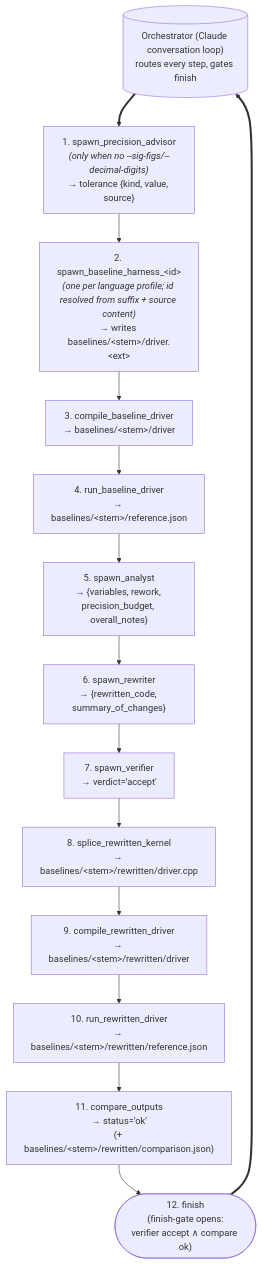
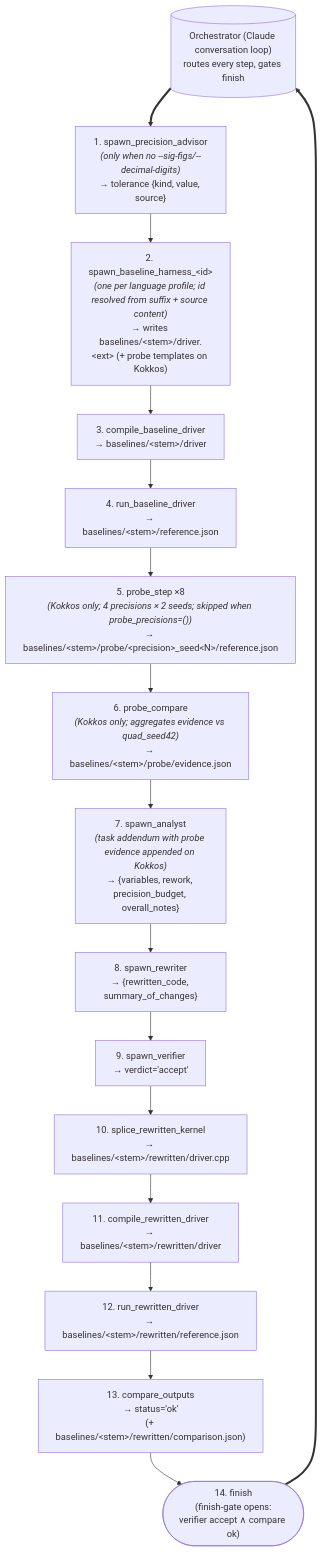
Before and after one commit to kmeag-duck/Agent-Precision: the second of 2 diagrams in flowchart.md, drawn with Mermaid. The commit also changed other lines of this file and 2 other files, not shown here.

First line of the commit message:
Document the v1 probe pipeline (v1 Commit 5/5)

````diff
--- a/flowchart.md
+++ b/flowchart.md
@@ -67,21 +75,23 @@
 ```mermaid
 flowchart TD
   Orch[("Orchestrator (Claude conversation loop)<br/>routes every step, gates finish")]
 
   Orch ==> S1
   S1["1. spawn_precision_advisor<br/><i>(only when no --sig-figs/--decimal-digits)</i><br/>→ tolerance {kind, value, source}"]
-  S2["2. spawn_baseline_harness_&lt;id&gt;<br/><i>(one per language profile; id resolved from suffix + source content)</i><br/>→ writes baselines/&lt;stem&gt;/driver.&lt;ext&gt;"]
+  S2["2. spawn_baseline_harness_&lt;id&gt;<br/><i>(one per language profile; id resolved from suffix + source content)</i><br/>→ writes baselines/&lt;stem&gt;/driver.&lt;ext&gt; (+ probe templates on Kokkos)"]
   S3["3. compile_baseline_driver<br/>→ baselines/&lt;stem&gt;/driver"]
   S4["4. run_baseline_driver<br/>→ baselines/&lt;stem&gt;/reference.json"]
-  S5["5. spawn_analyst<br/>→ {variables, rework, precision_budget, overall_notes}"]
-  S6["6. spawn_rewriter<br/>→ {rewritten_code, summary_of_changes}"]
-  S7["7. spawn_verifier<br/>→ verdict='accept'"]
-  S8["8. splice_rewritten_kernel<br/>→ baselines/&lt;stem&gt;/rewritten/driver.cpp"]
-  S9["9. compile_rewritten_driver<br/>→ baselines/&lt;stem&gt;/rewritten/driver"]
-  S10["10. run_rewritten_driver<br/>→ baselines/&lt;stem&gt;/rewritten/reference.json"]
-  S11["11. compare_outputs<br/>→ status='ok'<br/>(+ baselines/&lt;stem&gt;/rewritten/comparison.json)"]
-  S12(["12. finish<br/>(finish-gate opens:<br/>verifier accept ∧ compare ok)"])
+  S5["5. probe_step ×8<br/><i>(Kokkos only; 4 precisions × 2 seeds; skipped when probe_precisions=())</i><br/>→ baselines/&lt;stem&gt;/probe/&lt;precision&gt;_seed&lt;N&gt;/reference.json"]
+  S6["6. probe_compare<br/><i>(Kokkos only; aggregates evidence vs quad_seed42)</i><br/>→ baselines/&lt;stem&gt;/probe/evidence.json"]
+  S7["7. spawn_analyst<br/><i>(task addendum with probe evidence appended on Kokkos)</i><br/>→ {variables, rework, precision_budget, overall_notes}"]
+  S8["8. spawn_rewriter<br/>→ {rewritten_code, summary_of_changes}"]
+  S9["9. spawn_verifier<br/>→ verdict='accept'"]
+  S10["10. splice_rewritten_kernel<br/>→ baselines/&lt;stem&gt;/rewritten/driver.cpp"]
+  S11["11. compile_rewritten_driver<br/>→ baselines/&lt;stem&gt;/rewritten/driver"]
+  S12["12. run_rewritten_driver<br/>→ baselines/&lt;stem&gt;/rewritten/reference.json"]
+  S13["13. compare_outputs<br/>→ status='ok'<br/>(+ baselines/&lt;stem&gt;/rewritten/comparison.json)"]
+  S14(["14. finish<br/>(finish-gate opens:<br/>verifier accept ∧ compare ok)"])
 
-  S1 --> S2 --> S3 --> S4 --> S5 --> S6 --> S7 --> S8 --> S9 --> S10 --> S11 --> S12
-  S12 ==> Orch
+  S1 --> S2 --> S3 --> S4 --> S5 --> S6 --> S7 --> S8 --> S9 --> S10 --> S11 --> S12 --> S13 --> S14
+  S14 ==> Orch
 ```
````
